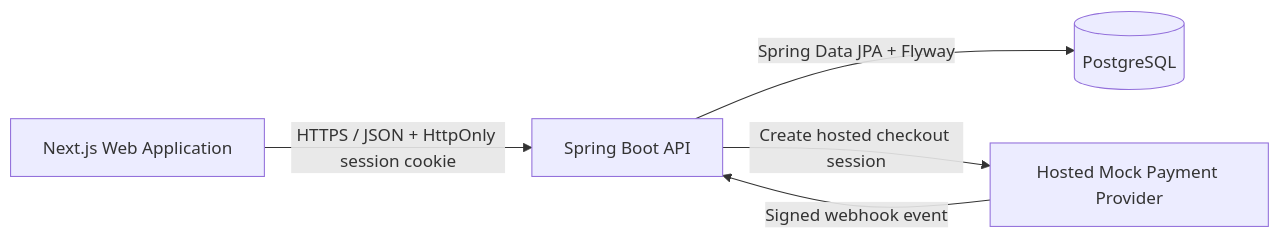
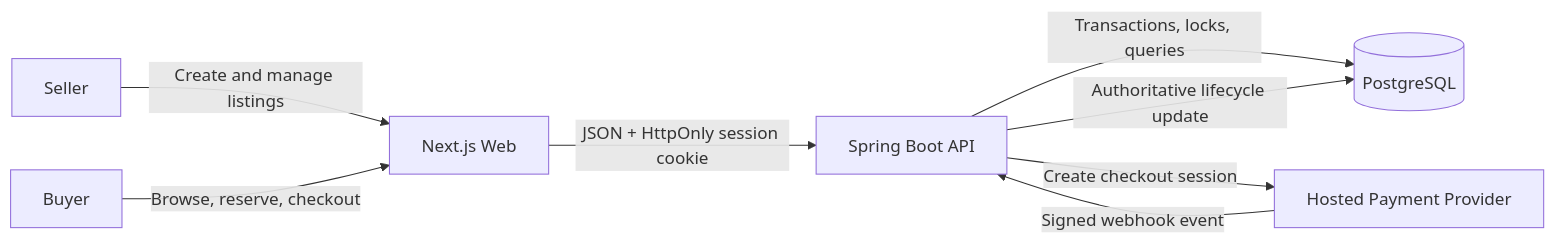
One commit to VietCT04/TicketPass changed the diagram in README.md. Above: the diagram before and after it, drawn with Mermaid. The commit also changed other lines of this file, not shown here.

````diff
--- a/README.md
+++ b/README.md
@@ -62,12 +118,17 @@
 ```mermaid
 flowchart LR
-    Browser[Next.js Web Application]
+    Seller[Seller]
+    Buyer[Buyer]
+    Web[Next.js Web]
     API[Spring Boot API]
     DB[(PostgreSQL)]
-    Provider[Hosted Mock Payment Provider]
+    Payment[Hosted Payment Provider]
 
-    Browser -->|HTTPS / JSON + HttpOnly session cookie| API
-    API -->|Spring Data JPA + Flyway| DB
-    API -->|Create hosted checkout session| Provider
-    Provider -->|Signed webhook event| API
+    Seller -->|Create and manage listings| Web
+    Buyer -->|Browse, reserve, checkout| Web
+    Web -->|JSON + HttpOnly session cookie| API
+    API -->|Transactions, locks, queries| DB
+    API -->|Create checkout session| Payment
+    Payment -->|Signed webhook event| API
+    API -->|Authoritative lifecycle update| DB
 ```
````
